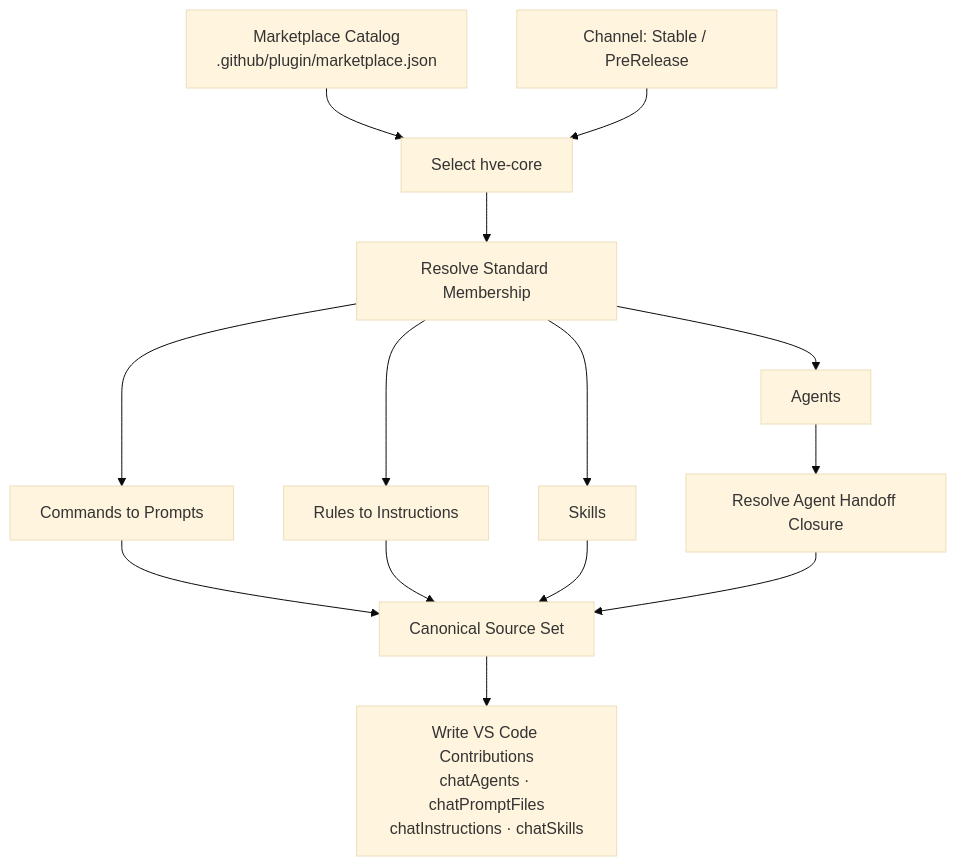
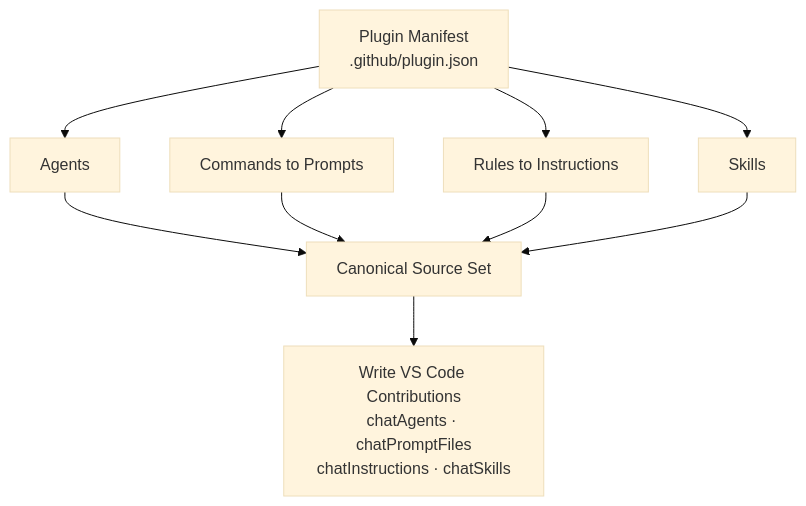
Before and after one commit to MohammedAlkindi/hve-core: the second of 3 diagrams in extension/PACKAGING.md, drawn with Mermaid (base theme). The commit also changed other lines of this file and 142 other files, not shown here.

First line of the commit message:
feat(plugins): consolidate HVE Core into one plugin (#2712)

````diff
--- a/extension/PACKAGING.md
+++ b/extension/PACKAGING.md
@@ -141,16 +137,12 @@
 ```mermaid
 flowchart TB
-    CAT["Marketplace Catalog<br/>.github/plugin/marketplace.json"] --> PKG[Select hve-core]
-    CH[Channel: Stable / PreRelease] --> PKG
-    PKG --> RECIPE[Resolve Standard Membership]
-    RECIPE --> AG[Agents]
-    RECIPE --> PR[Commands to Prompts]
-    RECIPE --> IN[Rules to Instructions]
-    RECIPE --> SK[Skills]
-    AG --> HD[Resolve Agent Handoff Closure]
-    PR --> FINAL[Canonical Source Set]
+    MANIFEST["Plugin Manifest<br/>.github/plugin.json"] --> AG[Agents]
+    MANIFEST --> PR[Commands to Prompts]
+    MANIFEST --> IN[Rules to Instructions]
+    MANIFEST --> SK[Skills]
+    AG --> FINAL[Canonical Source Set]
+    PR --> FINAL
     IN --> FINAL
     SK --> FINAL
-    HD --> FINAL
     FINAL --> UPD["Write VS Code Contributions<br/>chatAgents · chatPromptFiles<br/>chatInstructions · chatSkills"]
 ```
````
